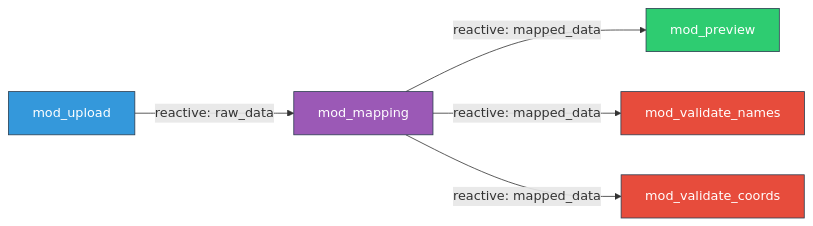
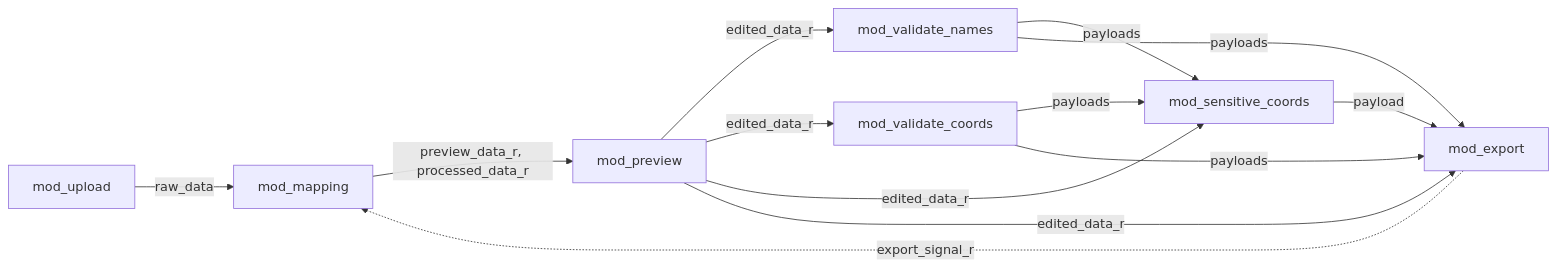
Before and after one commit to rogerio-onza/saira: the diagram in docs/architecture.md, drawn with Mermaid. The commit also changed other lines of this file and 20 other files, not shown here.

````diff
--- a/docs/architecture.md
+++ b/docs/architecture.md
@@ -269,13 +79,15 @@
 ```mermaid
 graph LR
-    A[mod_upload] -->|reactive: raw_data| B[mod_mapping]
-    B -->|reactive: mapped_data| C[mod_preview]
-    B -->|reactive: mapped_data| D[mod_validate_names]
-    B -->|reactive: mapped_data| E[mod_validate_coords]
-    
-    style A fill:#3498db,stroke:#2c3e50,color:#fff
-    style B fill:#9b59b6,stroke:#2c3e50,color:#fff
-    style C fill:#2ecc71,stroke:#2c3e50,color:#fff
-    style D fill:#e74c3c,stroke:#2c3e50,color:#fff
-    style E fill:#e74c3c,stroke:#2c3e50,color:#fff
+    U[mod_upload] -->|raw_data| M[mod_mapping]
+    M -->|preview_data_r, processed_data_r| P[mod_preview]
+    P -->|edited_data_r| N[mod_validate_names]
+    P -->|edited_data_r| C[mod_validate_coords]
+    P -->|edited_data_r| G[mod_sensitive_coords]
+    P -->|edited_data_r| E[mod_export]
+    N -->|payloads| G
+    C -->|payloads| G
+    N -->|payloads| E
+    C -->|payloads| E
+    G -->|payload| E
+    E -.->|export_signal_r| M
 ```
````
